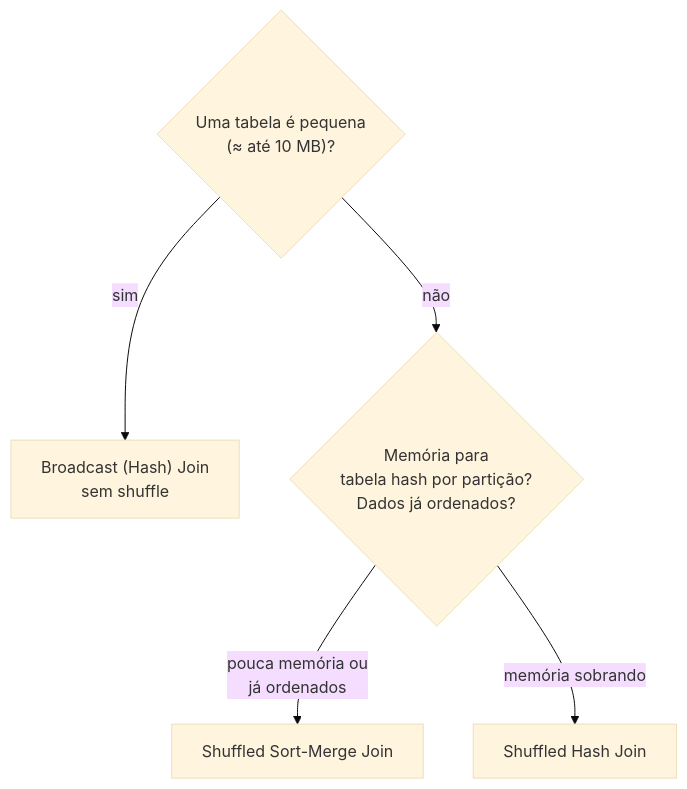
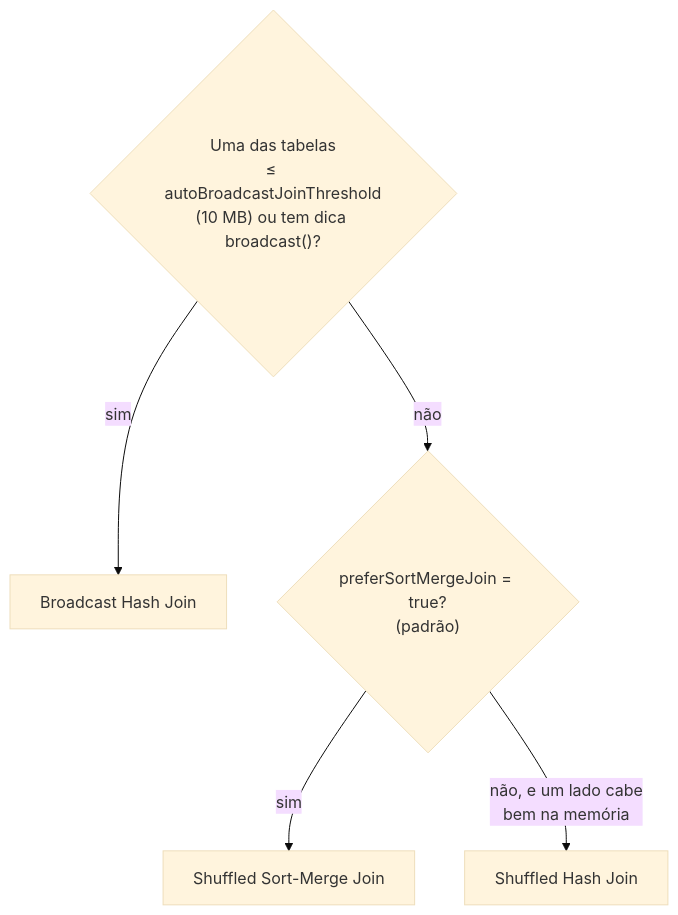
Before and after one commit to HerikDR/estudo-comp-escalavel: the fifth of 10 diagrams in estudo/12_joins_spark_revisao_prova.md, drawn with Mermaid (base theme). The commit also changed other lines of this file and 9 other files, not shown here.

````diff
--- a/estudo/12_joins_spark_revisao_prova.md
+++ b/estudo/12_joins_spark_revisao_prova.md
@@ -33,8 +176,8 @@
 ```mermaid
 flowchart TB
-    S{"Uma tabela é pequena<br/>(≈ até 10 MB)?"}
-    S -->|sim| BHJ["Broadcast (Hash) Join<br/>sem shuffle"]
-    S -->|não| M{"Memória para<br/>tabela hash por partição?<br/>Dados já ordenados?"}
-    M -->|"pouca memória ou<br/>já ordenados"| SMJ["Shuffled Sort-Merge Join"]
-    M -->|"memória sobrando"| SHJ["Shuffled Hash Join"]
+    S{"Uma das tabelas<br/>≤ autoBroadcastJoinThreshold<br/>(10 MB) ou tem dica broadcast()?"}
+    S -->|sim| BHJ["Broadcast Hash Join"]
+    S -->|não| P{"preferSortMergeJoin = true?<br/>(padrão)"}
+    P -->|sim| SMJ["Shuffled Sort-Merge Join"]
+    P -->|"não, e um lado cabe<br/>bem na memória"| SHJ["Shuffled Hash Join"]
 ```
````
